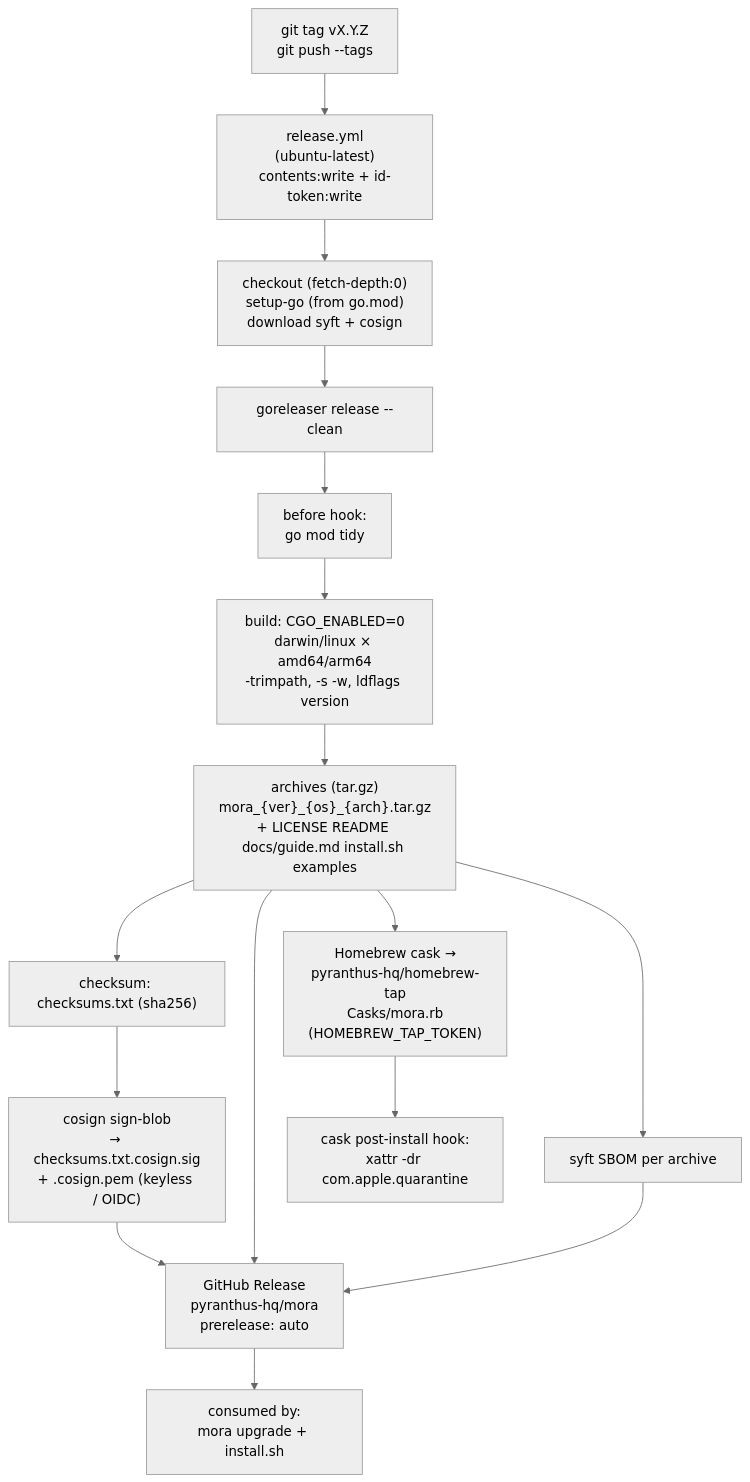
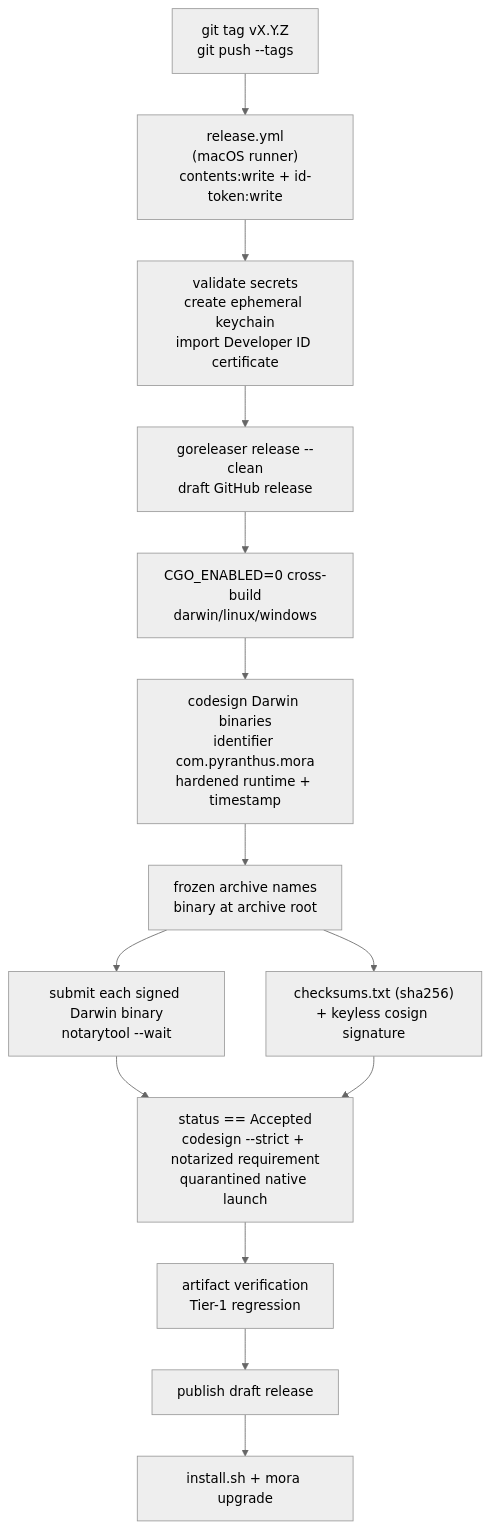
The first of 3 diagrams in docs/architecture/10-distribution-and-ops.md (pyranthus-hq/mora), drawn with Mermaid (neutral theme) before and after one commit. The commit also changed other lines of this file and 11 other files, not shown here.

Commit message:
feat(release): sign and notarize macOS binaries

````diff
--- a/docs/architecture/10-distribution-and-ops.md
+++ b/docs/architecture/10-distribution-and-ops.md
@@ -67,21 +70,16 @@
 ```mermaid
 flowchart TD
-    tag["git tag vX.Y.Z<br/>git push --tags"] --> wf["release.yml<br/>(ubuntu-latest)<br/>contents:write + id-token:write"]
-    wf --> setup["checkout (fetch-depth:0)<br/>setup-go (from go.mod)<br/>download syft + cosign"]
-    setup --> gr["goreleaser release --clean"]
-
-    gr --> hooks["before hook:<br/>go mod tidy"]
-    hooks --> build["build: CGO_ENABLED=0<br/>darwin/linux × amd64/arm64<br/>-trimpath, -s -w, ldflags version"]
-    build --> arch["archives (tar.gz)<br/>mora_{ver}_{os}_{arch}.tar.gz<br/>+ LICENSE README docs/guide.md install.sh examples"]
-    arch --> sum["checksum: checksums.txt (sha256)"]
-    sum --> sign["cosign sign-blob<br/>→ checksums.txt.cosign.sig<br/>+ .cosign.pem (keyless / OIDC)"]
-    arch --> sbom["syft SBOM per archive"]
-
-    sign --> rel["GitHub Release<br/>pyranthus-hq/mora<br/>prerelease: auto"]
-    arch --> rel
-    sbom --> rel
-    arch --> cask["Homebrew cask →<br/>pyranthus-hq/homebrew-tap<br/>Casks/mora.rb<br/>(HOMEBREW_TAP_TOKEN)"]
-    cask --> quar["cask post-install hook:<br/>xattr -dr com.apple.quarantine"]
-
-    rel --> upgrade["consumed by:<br/>mora upgrade + install.sh"]
+    tag["git tag vX.Y.Z<br/>git push --tags"] --> wf["release.yml<br/>(macOS runner)<br/>contents:write + id-token:write"]
+    wf --> keychain["validate secrets<br/>create ephemeral keychain<br/>import Developer ID certificate"]
+    keychain --> gr["goreleaser release --clean<br/>draft GitHub release"]
+    gr --> build["CGO_ENABLED=0 cross-build<br/>darwin/linux/windows"]
+    build --> sign["codesign Darwin binaries<br/>identifier com.pyranthus.mora<br/>hardened runtime + timestamp"]
+    sign --> arch["frozen archive names<br/>binary at archive root"]
+    arch --> sum["checksums.txt (sha256)<br/>+ keyless cosign signature"]
+    arch --> notary["submit each signed Darwin binary<br/>notarytool --wait"]
+    notary --> assess["status == Accepted<br/>codesign --strict + notarized requirement<br/>quarantined native launch"]
+    sum --> assess
+    assess --> regress["artifact verification<br/>Tier-1 regression"]
+    regress --> publish["publish draft release"]
+    publish --> consume["install.sh + mora upgrade"]
 ```
````
